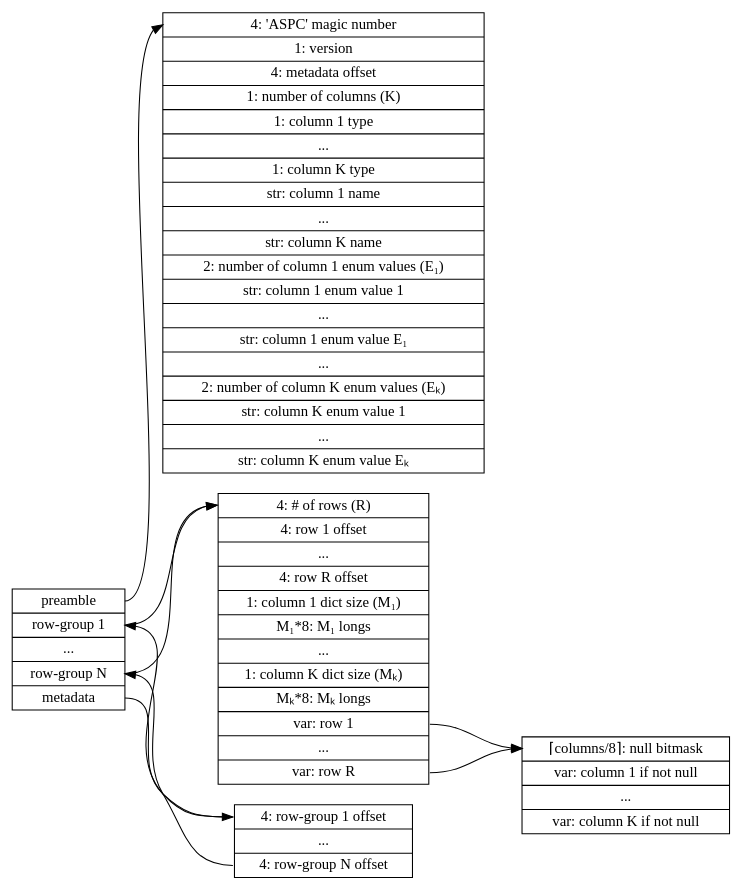
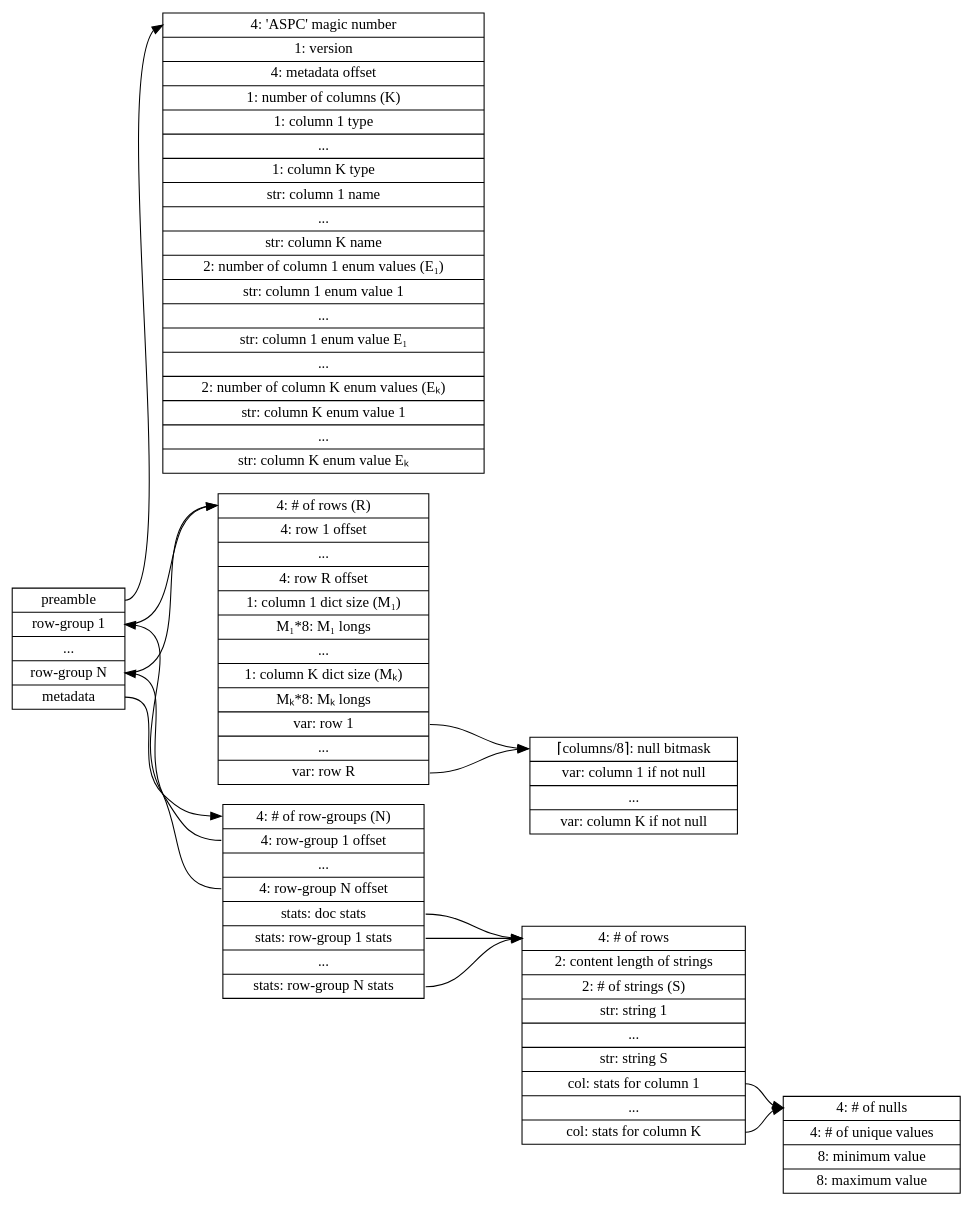
Before and after one commit to archer-christ/aspic: the diagram in format.dot, drawn with Graphviz. The commit also changed 2 other files, not shown here.

```diff
--- a/format.dot
+++ b/format.dot
@@ -1,63 +1,89 @@
 digraph structs {
   node [shape=record];
   rankdir=LR;
 
   aspic [ label="<preamble>preamble |
   <rowgroup1> row-group 1 |
   ... |
   <rowgroupN> row-group N |
   <metadata> metadata" ];
 
   preamble [ label="<start>4: 'ASPC' magic number |
   1: version |
   4: metadata offset |
   1: number of columns (K) |
   1: column 1 type |
   ... |
   1: column K type |
   str: column 1 name |
   ... |
   str: column K name |
   2: number of column 1 enum values (E₁) |
   str: column 1 enum value 1 |
   ... |
   str: column 1 enum value E₁ |
   ... |
   2: number of column K enum values (Eₖ) |
   str: column K enum value 1 |
   ... |
   str: column K enum value Eₖ"];
 
   rowgroup [ label="<start>4: # of rows (R) |
   4: row 1 offset |
   ... |
   4: row R offset |
   1: column 1 dict size (M₁) |
   M₁*8: M₁ longs |
   ... |
   1: column K dict size (Mₖ) |
   Mₖ*8: Mₖ longs |
   <row1>var: row 1 |
   ... |
   <rowR>var: row R" ];
 
   row [ label="<start> ⌈columns/8⌉: null bitmask |
   var: column 1 if not null |
   ... |
   var: column K if not null" ];
 
-  metadata [ label="<rowgroup1>4: row-group 1 offset |
+  metadata [ label="<start>4: # of row-groups (N) |
+  <rowgroup1>4: row-group 1 offset |
   ... |
-  <rowgroupN>4: row-group N offset" ];
+  <rowgroupN>4: row-group N offset |
+  <stats>stats: doc stats |
+  <rowgroup1stats>stats: row-group 1 stats |
+  ... |
+  <rowgroupNstats>stats: row-group N stats" ];
+
+  stats [ label="<start>4: # of rows |
+  2: content length of strings |
+  2: # of strings (S) |
+  str: string 1 |
+  ... |
+  str: string S |
+  <col1>col: stats for column 1 |
+  ... |
+  <colK>col: stats for column K" ];
+
+  colstats [ label="<start>4: # of nulls |
+  4: # of unique values |
+  8: minimum value |
+  8: maximum value"];
 
   aspic:preamble -> preamble:start;
   rowgroup:row1 -> row:start;
   rowgroup:rowR -> row:start;
   aspic:rowgroup1 -> rowgroup:start;
   aspic:rowgroupN -> rowgroup:start;
-  aspic:metadata -> metadata:rowgroup1;
+  aspic:metadata -> metadata:start;
 
   metadata:rowgroup1 -> aspic:rowgroup1;
   metadata:rowgroupN -> aspic:rowgroupN;
+  metadata:stats -> stats:start;
+  metadata:rowgroup1stats -> stats:start;
+  metadata:rowgroupNstats -> stats:start;
+
+  stats:col1 -> colstats:start;
+  stats:colK -> colstats:start;
 
 }
```
